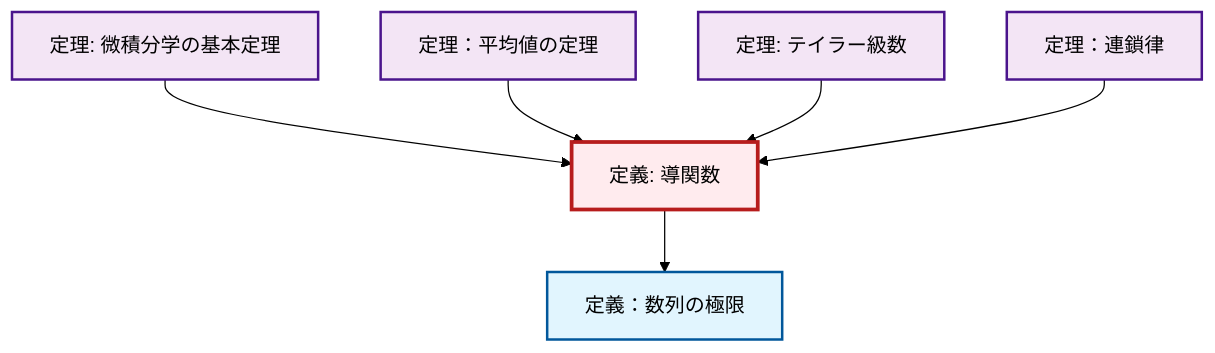
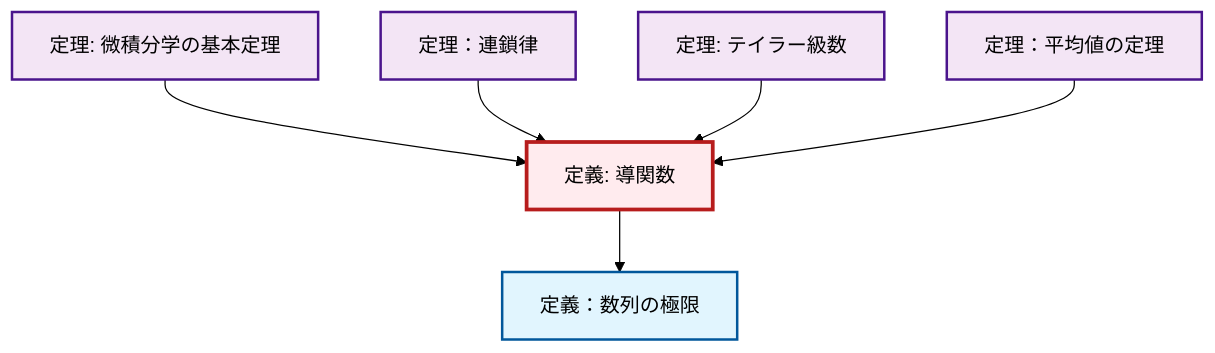
The second of 2 diagrams in content/ja/analysis/def-derivative.qmd (RK0429/ModernMath), drawn with Mermaid (forest theme) before and after one commit. The commit also changed 672 other files, not shown here.

````diff
--- a/content/ja/analysis/def-derivative.qmd
+++ b/content/ja/analysis/def-derivative.qmd
@@ -89,26 +89,26 @@
 ```{mermaid}
-%%| fig-cap: "Local dependency graph"
+%%| fig-cap: "ローカル依存関係グラフ"
 graph TD
     classDef definition fill:#e1f5fe,stroke:#01579b,stroke-width:2px
     classDef theorem fill:#f3e5f5,stroke:#4a148c,stroke-width:2px
     classDef axiom fill:#fff3e0,stroke:#e65100,stroke-width:2px
     classDef example fill:#e8f5e9,stroke:#1b5e20,stroke-width:2px
     classDef current fill:#ffebee,stroke:#b71c1c,stroke-width:3px
     def-limit["定義：数列の極限"]:::definition
-    thm-fundamental-calculus["定理: 微積分学の基本定理"]:::theorem
     thm-mean-value["定理：平均値の定理"]:::theorem
     def-derivative["定義: 導関数"]:::definition
+    thm-fundamental-calculus["定理: 微積分学の基本定理"]:::theorem
+    thm-taylor-series["定理: テイラー級数"]:::theorem
     thm-chain-rule["定理：連鎖律"]:::theorem
-    thm-taylor-series["定理: テイラー級数"]:::theorem
     def-derivative --> def-limit
     thm-fundamental-calculus --> def-derivative
+    thm-chain-rule --> def-derivative
+    thm-taylor-series --> def-derivative
     thm-mean-value --> def-derivative
-    thm-taylor-series --> def-derivative
-    thm-chain-rule --> def-derivative
     class def-derivative current
     click def-limit "def-limit.html" "定義：数列の極限へ"
+    click thm-mean-value "thm-mean-value.html" "定理：平均値の定理へ"
     click thm-fundamental-calculus "thm-fundamental-calculus.html" "微積分学の基本定理の定理へ"
-    click thm-mean-value "thm-mean-value.html" "定理：平均値の定理へ"
+    click thm-taylor-series "thm-taylor-series.html" "テイラー級数の定理へ"
     click thm-chain-rule "thm-chain-rule.html" "定理：連鎖律へ"
-    click thm-taylor-series "thm-taylor-series.html" "テイラー級数の定理へ"
 ```
````
